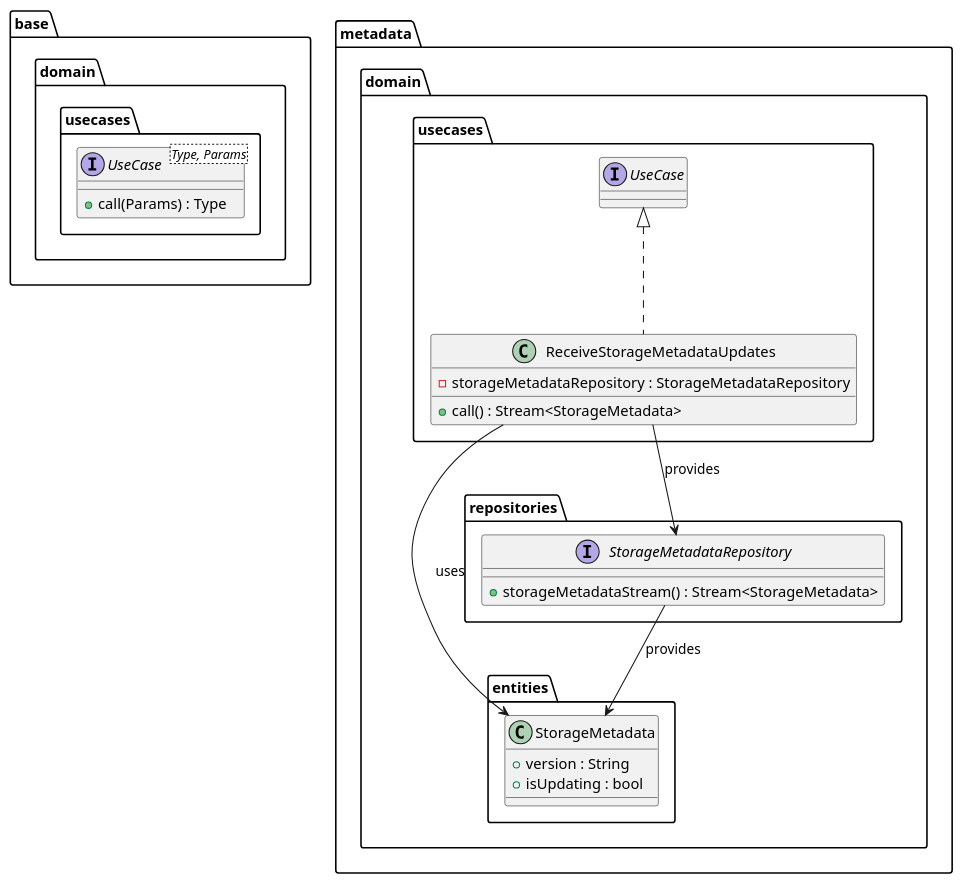
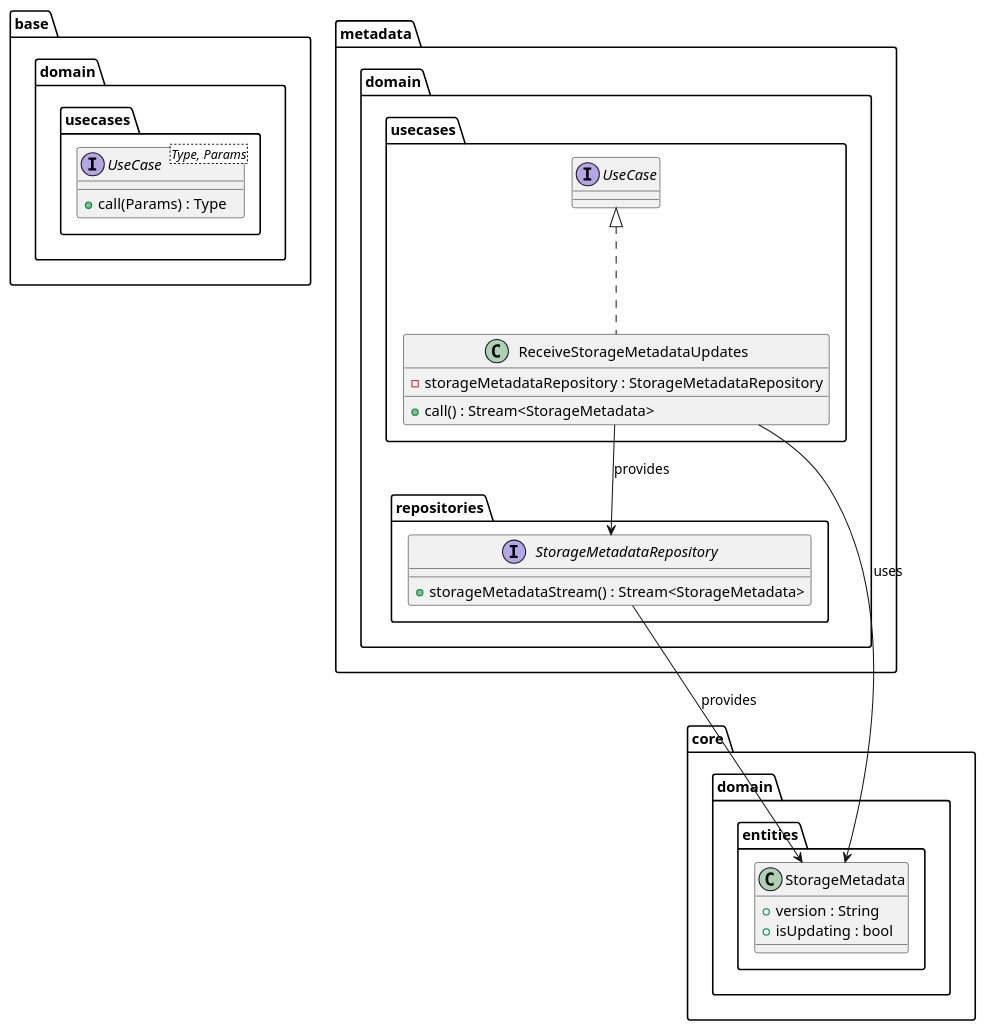
The diagram in metrics/web/docs/features/supported_database_version/diagrams/metadata_domain_class_diagram.puml (Flank/flank-dashboard), drawn with PlantUML before and after one commit. The commit also changed 5 other files, not shown here.

Commit message:
Fix web docs and diagrams contents

```diff
--- a/metrics/web/docs/features/supported_database_version/diagrams/metadata_domain_class_diagram.puml
+++ b/metrics/web/docs/features/supported_database_version/diagrams/metadata_domain_class_diagram.puml
@@ -1,38 +1,37 @@
 @startuml metadata_domain_class_diagram
 
 package base.domain.usecases {
     interface UseCase<Type, Params> {
         + call(Params) : Type
     }
 }
 
 package metadata.domain {
-    package entities {
-        class StorageMetadata {
-            + version : String
-            + isUpdating : bool
-        }
-    }
-
     package repositories {
         interface StorageMetadataRepository {
             + storageMetadataStream() : Stream<StorageMetadata>
         }
     }
 
     package usecases {
         class ReceiveStorageMetadataUpdates implements UseCase {
             - storageMetadataRepository : StorageMetadataRepository
             + call() : Stream<StorageMetadata>
         }
     }
+}
 
+package core.domain.entities {
+    class StorageMetadata {
+        + version : String
+        + isUpdating : bool
+    }
 }
 
 ReceiveStorageMetadataUpdates --> StorageMetadataRepository : provides
 StorageMetadataRepository --> StorageMetadata : provides
 ReceiveStorageMetadataUpdates --> StorageMetadata : uses
 
 
 
 @enduml
```
